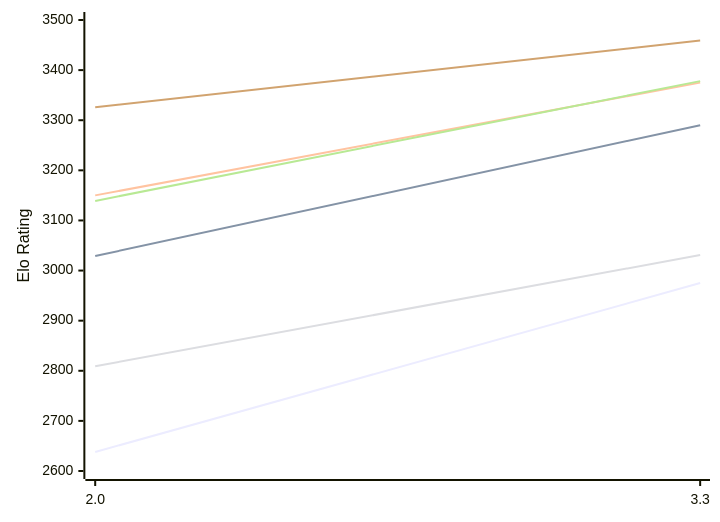
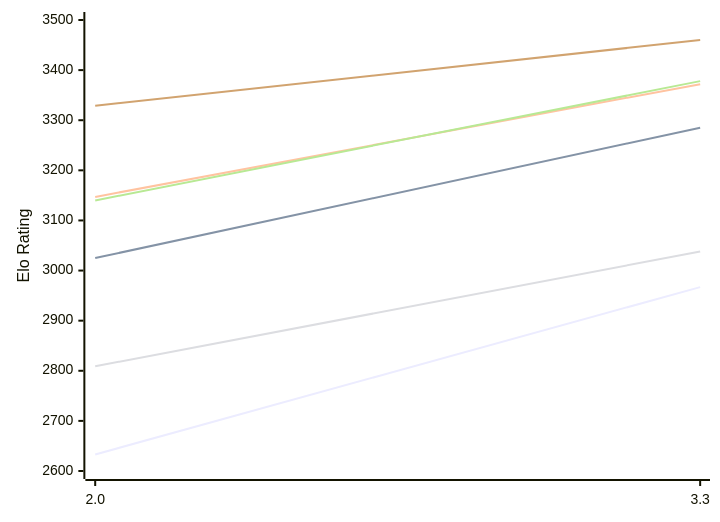
Before and after one commit to computer-chess-index/cci: the first of 2 diagrams in engines/Ceylondemon.md, drawn with Mermaid. The commit also changed other lines of this file, not shown here.

Commit message:
Update CCI Ratings (ELO VLTC) - 2026-11-09

````diff
--- a/engines/Ceylondemon.md
+++ b/engines/Ceylondemon.md
@@ -50,12 +50,12 @@
 ```mermaid
 %%{init: {"theme":"base","themeVariables":{"seriesColors:['#a3a3a3','#222221','#faa371']}}}%%
 xychart-beta
   x-axis ["2.0", "3.3"]
   y-axis "Elo Rating" 2600 --> 3500
-  line "E1: STC (8.0+0.08s)" [2638, 2975]
-  line "E1: LTC (60.0+0.60s)" [3029, 3290]
-  line "E1: VLTC (2m24s+1.12s)" [3150, 3375]
-  line "P1: STC (8.0+0.08s)" [2809, 3031]
-  line "P1: LTC (60.0+0.60s)" [3139, 3378]
-  line "P1: VLTC (2m24s+1.12s)" [3326, 3459]
+  line "E1: STC (8.0+0.08s)" [2633, 2967]
+  line "E1: LTC (60.0+0.60s)" [3025, 3285]
+  line "E1: VLTC (2m24s+1.12s)" [3147, 3372]
+  line "P1: STC (8.0+0.08s)" [2809, 3038]
+  line "P1: LTC (60.0+0.60s)" [3140, 3378]
+  line "P1: VLTC (2m24s+1.12s)" [3329, 3460]
 ```
````
